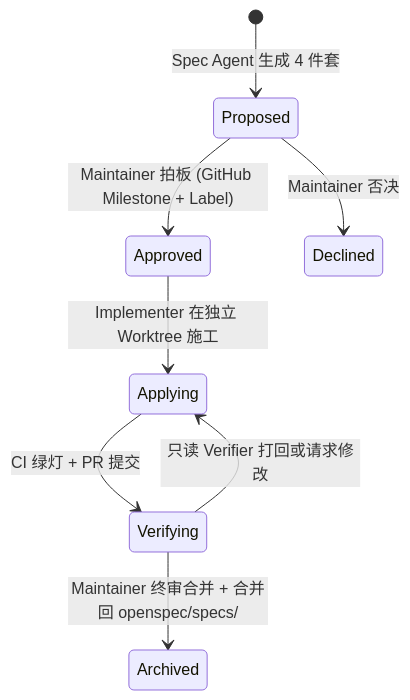
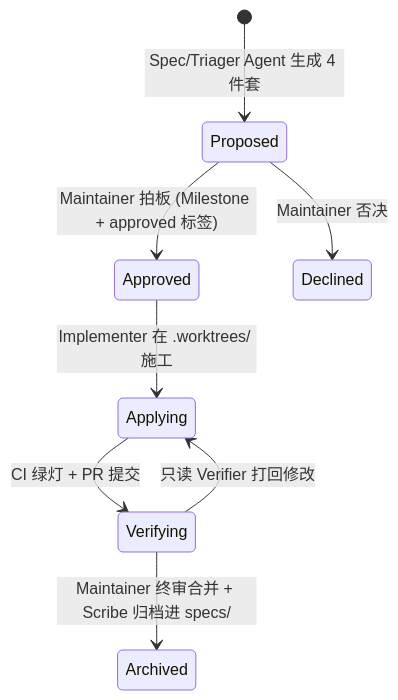
One commit to risense-ai/respire-resources changed the diagram in openspec/changes/001-resources-openspec-foundation/design.md. Above: the diagram before and after it, drawn with Mermaid. The commit also changed other lines of this file and 23 other files, not shown here.

Commit message:
docs(openspec): enrich 001-006 specs, OpenAPI v1, and multi-agent runbooks

````diff
--- a/openspec/changes/001-resources-openspec-foundation/design.md
+++ b/openspec/changes/001-resources-openspec-foundation/design.md
@@ -13,10 +13,10 @@
 ```mermaid
 stateDiagram-v2
-    [*] --> Proposed: Spec Agent 生成 4 件套
-    Proposed --> Approved: Maintainer 拍板 (GitHub Milestone + Label)
+    [*] --> Proposed: Spec/Triager Agent 生成 4 件套
+    Proposed --> Approved: Maintainer 拍板 (Milestone + approved 标签)
     Proposed --> Declined: Maintainer 否决
-    Approved --> Applying: Implementer 在独立 Worktree 施工
+    Approved --> Applying: Implementer 在 .worktrees/ 施工
     Applying --> Verifying: CI 绿灯 + PR 提交
-    Verifying --> Applying: 只读 Verifier 打回或请求修改
-    Verifying --> Archived: Maintainer 终审合并 + 合并回 openspec/specs/
+    Verifying --> Applying: 只读 Verifier 打回修改
+    Verifying --> Archived: Maintainer 终审合并 + Scribe 归档进 specs/
 ```
````
